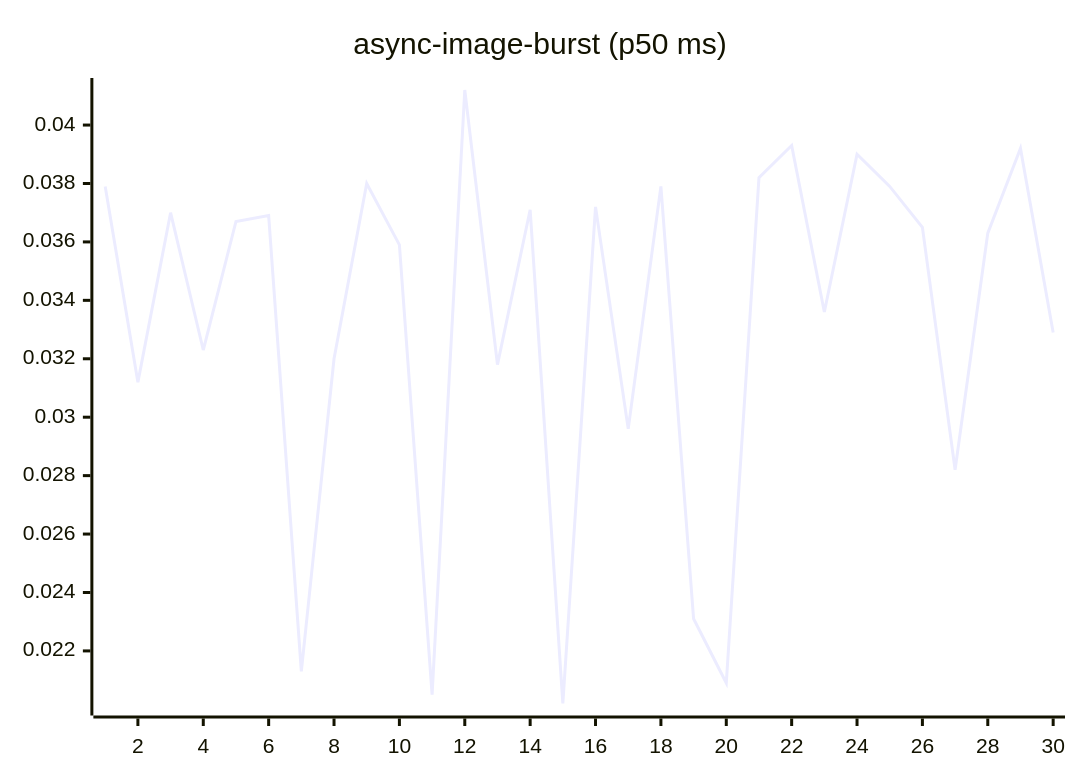
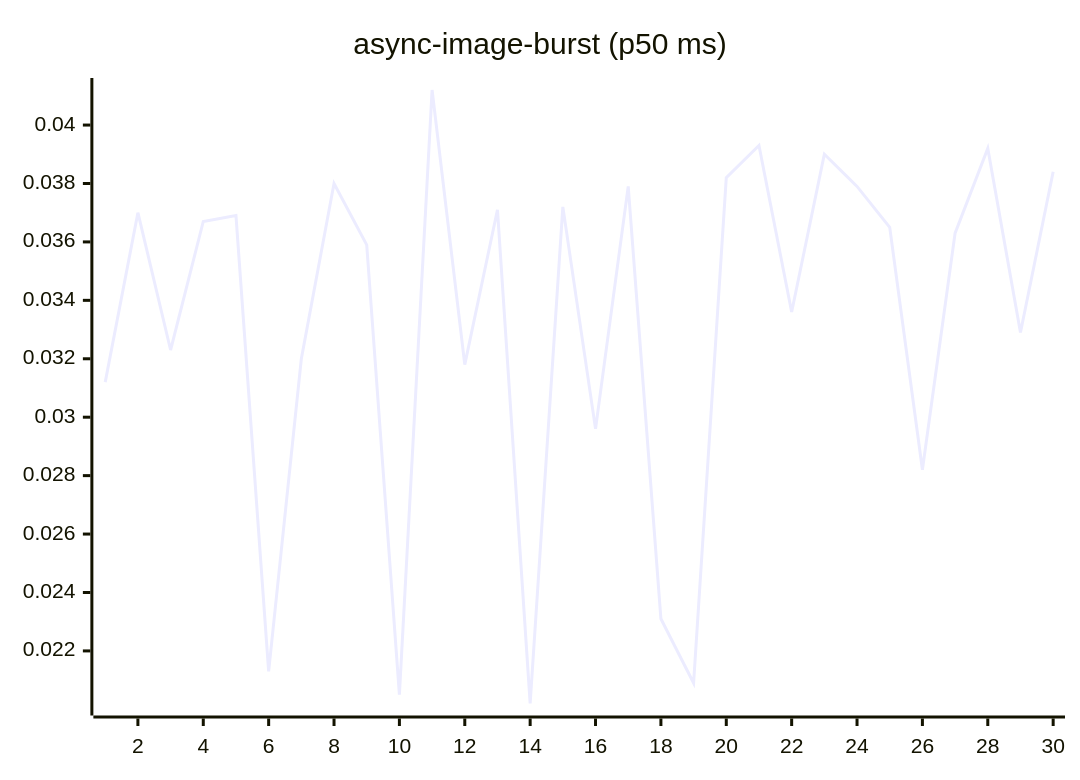
One commit to josha/Facet changed the fourth of 27 diagrams in README.md. Above: the diagram before and after it, drawn with Mermaid. The commit also changed other lines of this file and 2 other files, not shown here.

````diff
--- a/README.md
+++ b/README.md
@@ -84,6 +84,6 @@
 ```mermaid
 xychart-beta
     title "async-image-burst (p50 ms)"
     x-axis 1 --> 30
-    line [0.0379, 0.0312, 0.0370, 0.0323, 0.0367, 0.0369, 0.0213, 0.0320, 0.0380, 0.0359, 0.0205, 0.0412, 0.0318, 0.0371, 0.0202, 0.0372, 0.0296, 0.0379, 0.0231, 0.0209, 0.0382, 0.0393, 0.0336, 0.0390, 0.0379, 0.0365, 0.0282, 0.0363, 0.0392, 0.0329]
+    line [0.0312, 0.0370, 0.0323, 0.0367, 0.0369, 0.0213, 0.0320, 0.0380, 0.0359, 0.0205, 0.0412, 0.0318, 0.0371, 0.0202, 0.0372, 0.0296, 0.0379, 0.0231, 0.0209, 0.0382, 0.0393, 0.0336, 0.0390, 0.0379, 0.0365, 0.0282, 0.0363, 0.0392, 0.0329, 0.0384]
 ```
````
